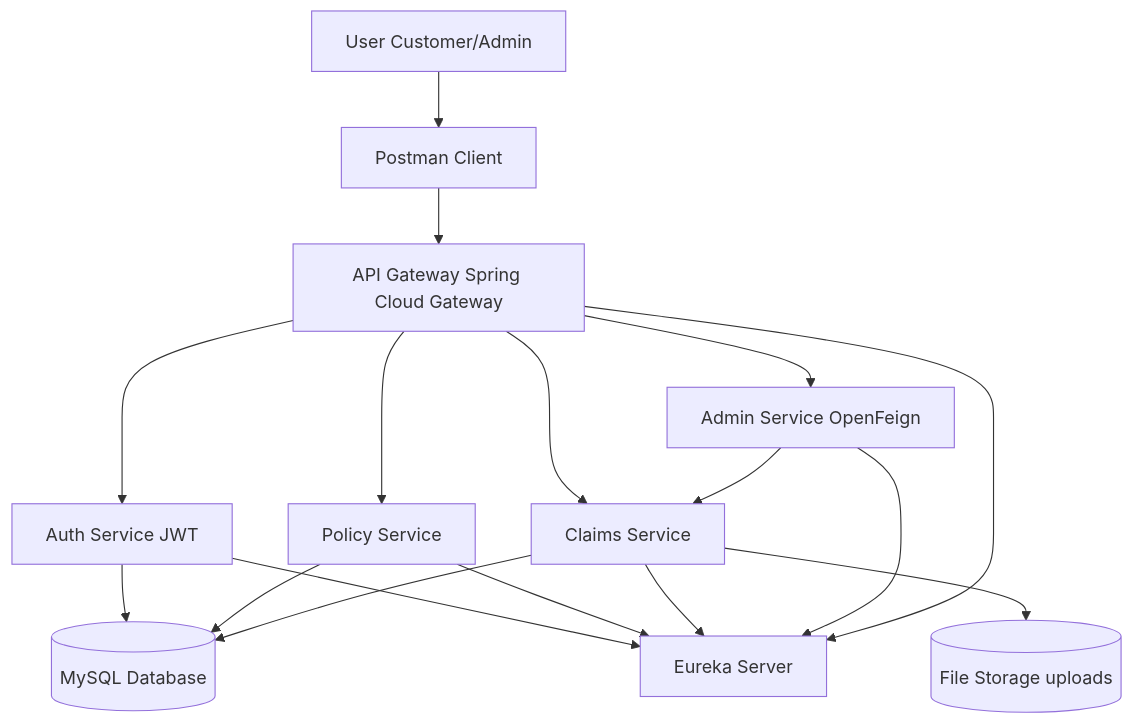
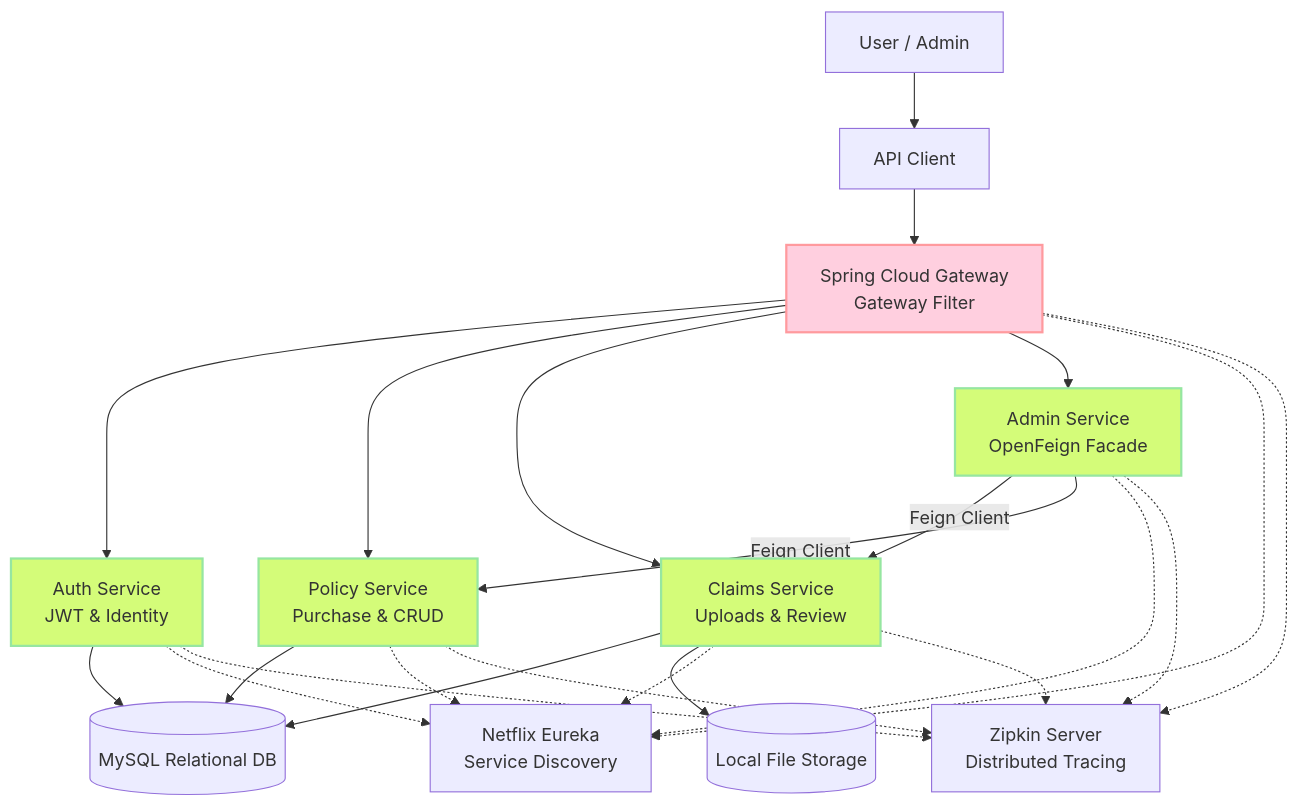
The first of 4 diagrams in README.md (PritishSingh13/smart-sure-insurance), drawn with Mermaid before and after one commit. The commit also changed other lines of this file, not shown here.

````diff
--- a/README.md
+++ b/README.md
@@ -42,44 +40,53 @@
 ```mermaid
 graph TD
 
-U[User Customer/Admin]
-P[Postman Client]
+U[User / Admin]
+P[API Client]
 
-G[API Gateway Spring Cloud Gateway]
+G[Spring Cloud Gateway<br>Gateway Filter]
 
-A[Auth Service JWT]
-S[Policy Service]
-C[Claims Service]
-AD[Admin Service OpenFeign]
+A[Auth Service<br>JWT & Identity]
+S[Policy Service<br>Purchase & CRUD]
+C[Claims Service<br>Uploads & Review]
+AD[Admin Service<br>OpenFeign Facade]
 
-E[Eureka Server]
+E[Netflix Eureka<br>Service Discovery]
+Z[Zipkin Server<br>Distributed Tracing]
 
-DB[(MySQL Database)]
-FS[(File Storage uploads)]
+DB[(MySQL Relational DB)]
+FS[(Local File Storage)]
 
 U --> P
 P --> G
 
 G --> A
 G --> S
 G --> C
 G --> AD
 
-AD --> C
+AD -->|Feign Client| C
+AD -->|Feign Client| S
 
 A --> DB
 S --> DB
 C --> DB
 
 C --> FS
 
-A --> E
-S --> E
-C --> E
-AD --> E
-G --> E
+A -.-> E
+S -.-> E
+C -.-> E
+AD -.-> E
+G -.-> E
 
+G -.-> Z
+A -.-> Z
+S -.-> Z
+C -.-> Z
+AD -.-> Z
 
-
-
+classDef gateway fill:#ffcfdf,stroke:#ff9a9e,stroke-width:2px;
+class G gateway;
+classDef service fill:#d4fc79,stroke:#96e6a1,stroke-width:2px;
+class A,S,C,AD service;
 ```
````
